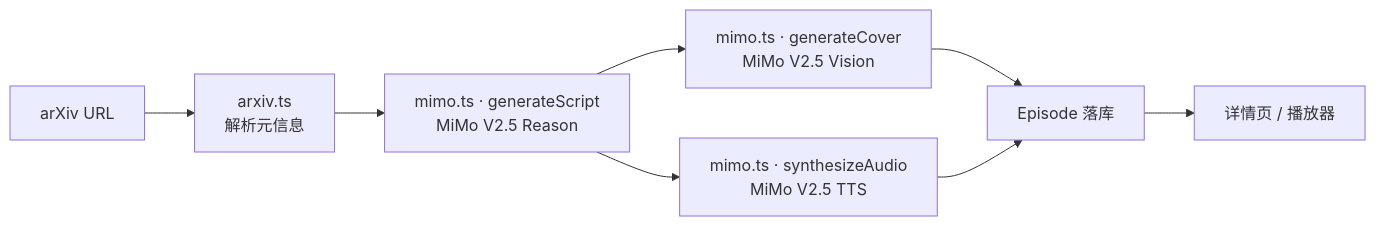
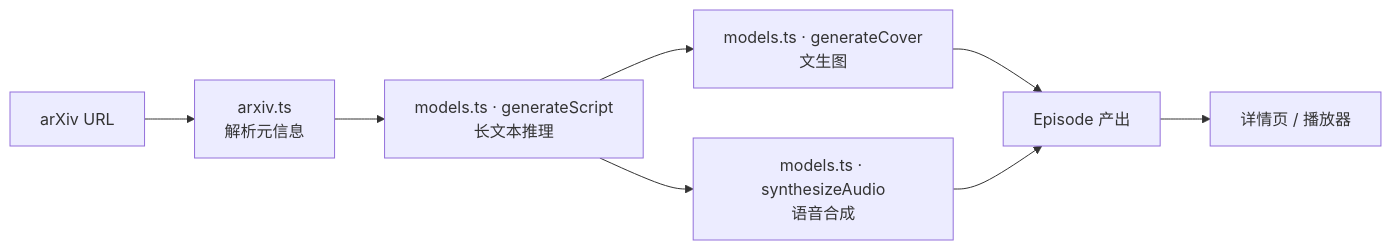
The diagram in ARCHITECTURE.md (zhengyi-ai/papercast), drawn with Mermaid before and after one commit. The commit also changed other lines of this file and 19 other files, not shown here.

````diff
--- a/ARCHITECTURE.md
+++ b/ARCHITECTURE.md
@@ -9,10 +9,10 @@
 ```mermaid
 flowchart LR
     A[arXiv URL] --> B[arxiv.ts<br/>解析元信息]
-    B --> C[mimo.ts · generateScript<br/>MiMo V2.5 Reason]
-    C --> D[mimo.ts · generateCover<br/>MiMo V2.5 Vision]
-    C --> E[mimo.ts · synthesizeAudio<br/>MiMo V2.5 TTS]
-    D --> F[Episode 落库]
+    B --> C[models.ts · generateScript<br/>长文本推理]
+    C --> D[models.ts · generateCover<br/>文生图]
+    C --> E[models.ts · synthesizeAudio<br/>语音合成]
+    D --> F[Episode 产出]
     E --> F
     F --> G[详情页 / 播放器]
 ```
````
